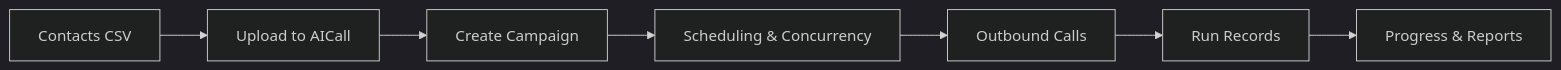
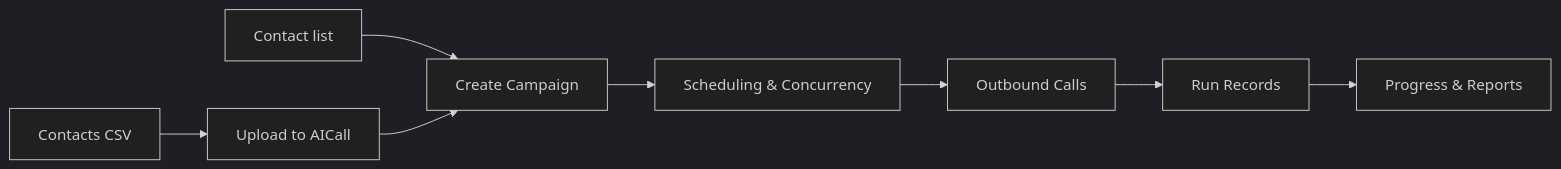
One commit to ShoaibAhmedSoomro/riltai-aicall changed the diagram in docs/core-concepts/campaigns.mdx. Above: the diagram before and after it, drawn with Mermaid (dark theme). The commit also changed other lines of this file and 21 other files, not shown here.

````diff
--- a/docs/core-concepts/campaigns.mdx
+++ b/docs/core-concepts/campaigns.mdx
@@ -11,9 +11,10 @@
 ```mermaid
 flowchart LR
+    List[Contact list] --> Campaign[Create Campaign]
     CSV[Contacts CSV] --> Upload[Upload to AICall]
-    Upload --> Campaign[Create Campaign]
+    Upload --> Campaign
     Campaign --> Schedule[Scheduling & Concurrency]
     Schedule --> Calls[Outbound Calls]
     Calls --> Runs[Run Records]
     Runs --> Results[Progress & Reports]
 ```
````
